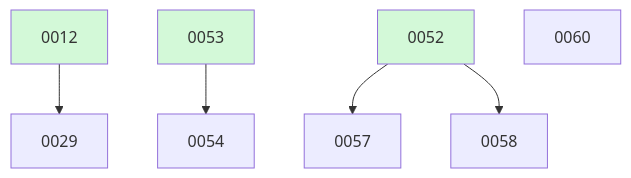
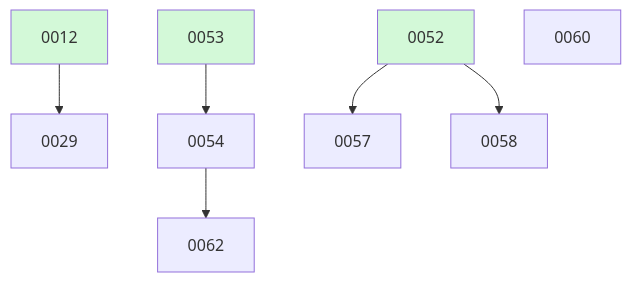
Before and after one commit to ethanhinson/fuse: the diagram in docs/changes/BOARD.md, drawn with Mermaid. The commit also changed other lines of this file, not shown here.

````diff
--- a/docs/changes/BOARD.md
+++ b/docs/changes/BOARD.md
@@ -25,12 +26,13 @@
 ```mermaid
 graph TD
   0012 --> 0029
   0053 --> 0054
   0052 --> 0057
   0052 --> 0058
   0060
+  0054 --> 0062
   0012:::done
   0052:::done
   0053:::done
   classDef done fill:#d3f9d8;
 ```
````
